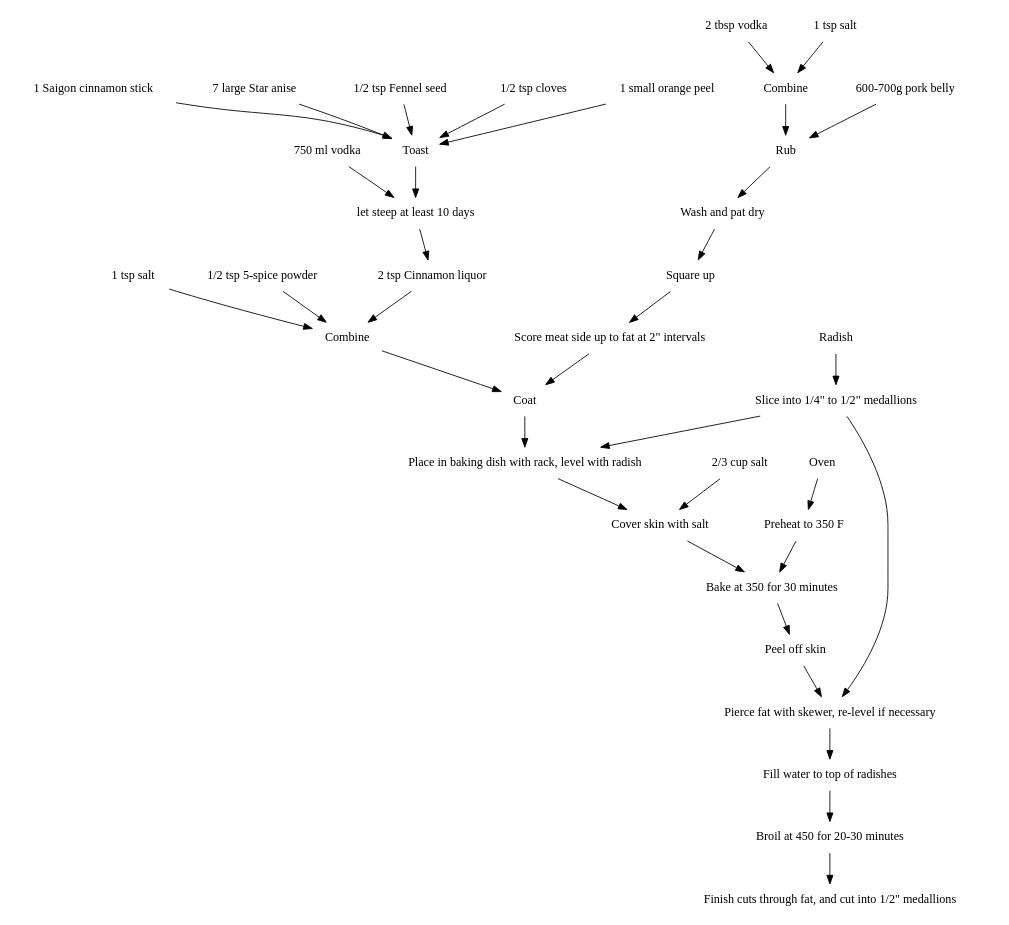
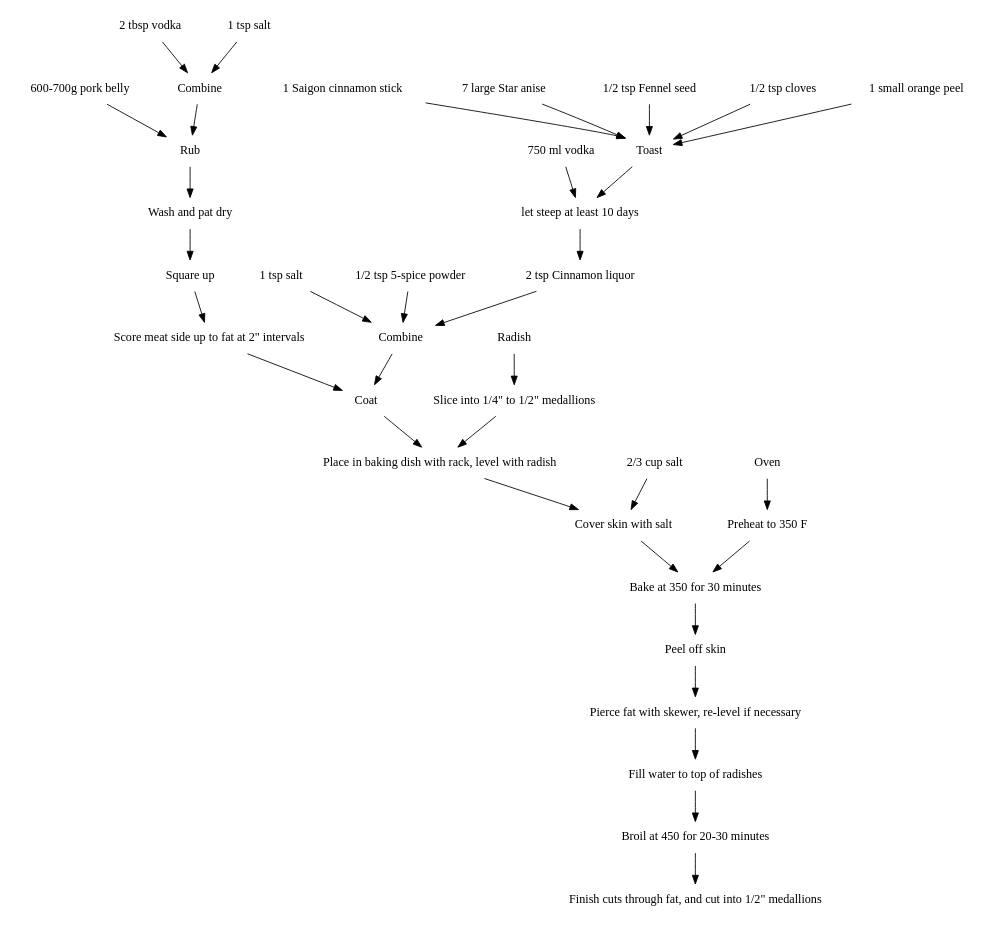
Before and after one commit to Fordi/recipes: the diagram in src/Thịt heo quay (Vietnamese roast pork belly).dot, drawn with Graphviz. The commit also changed 1 other file, not shown here.

```diff
--- a/src/Thịt heo quay (Vietnamese roast pork belly).dot
+++ b/src/Thịt heo quay (Vietnamese roast pork belly).dot
@@ -1,74 +1,73 @@
 digraph g {
   node [shape="none"]
   PB [label="600-700g pork belly", rank="1"]
   V [label="2 tbsp vodka", rank="1"]
   S1 [label="1 tsp salt", rank="1"]
   C1 [label="Combine"]
   V -> C1
   S1 -> C1
   C2 [label="Rub"]
   PB -> C2
   C1 -> C2
   W [label="Wash and pat dry"]
   C2 -> W
   SQ [ label="Square up"]
   W -> SQ
   SC [label="Score meat side up to fat at 2\" intervals"]
   SQ -> SC
   S2 [label="1 tsp salt", rank="1"]
   FS [label="1/2 tsp 5-spice powder", rank="1"]
   CL [label="2 tsp Cinnamon liquor", rank="1"]
   subgraph CLrec {
     shape="rectangle"
     label="Cinnamon liquor"
     VK [label="750 ml vodka"]
     CS [label="1 Saigon cinnamon stick"]
     SA [label="7 large Star anise"]
     FEN [label="1/2 tsp Fennel seed"]
     CLV [label="1/2 tsp cloves"]
     PL [label="1 small orange peel"]
     SA -> Toast
     CS -> Toast
     FEN -> Toast
     CLV -> Toast
     PL -> Toast
     Rest [label="let steep at least 10 days"]
     Toast -> Rest
     VK -> Rest
   }
   Rest -> CL
 
   C3 [label="Combine"]
   S2 -> C3
   FS -> C3
   CL -> C3
   C4 [label="Coat"]
   C3 -> C4
   SC -> C4
   Oven -> Preheat1
   Preheat1 [label="Preheat to 350 F"]
   S3 [label="2/3 cup salt", rank="1"]
   Rad [label="Radish", rank="1"]
   Chop [label="Slice into 1/4\" to 1/2\" medallions"]
   Rad -> Chop
   Chop -> Dish
   Dish [label="Place in baking dish with rack, level with radish"]
   C4 -> Dish
   Salt [label="Cover skin with salt"]
   Dish -> Salt
   S3 -> Salt
   Preheat1 -> Bake
   Bake [label="Bake at 350 for 30 minutes"]
   Salt -> Bake
   Peel [label="Peel off skin"]
   Pierce [label="Pierce fat with skewer, re-level if necessary"]
   Water [label="Fill water to top of radishes"]
   Broil [label="Broil at 450 for 20-30 minutes"]
   Cut [label="Finish cuts through fat, and cut into 1/2\" medallions"]
   Bake -> Peel
   Peel -> Pierce
-  Chop -> Pierce
   Pierce -> Water
   Water -> Broil
   Broil -> Cut
 }
```
